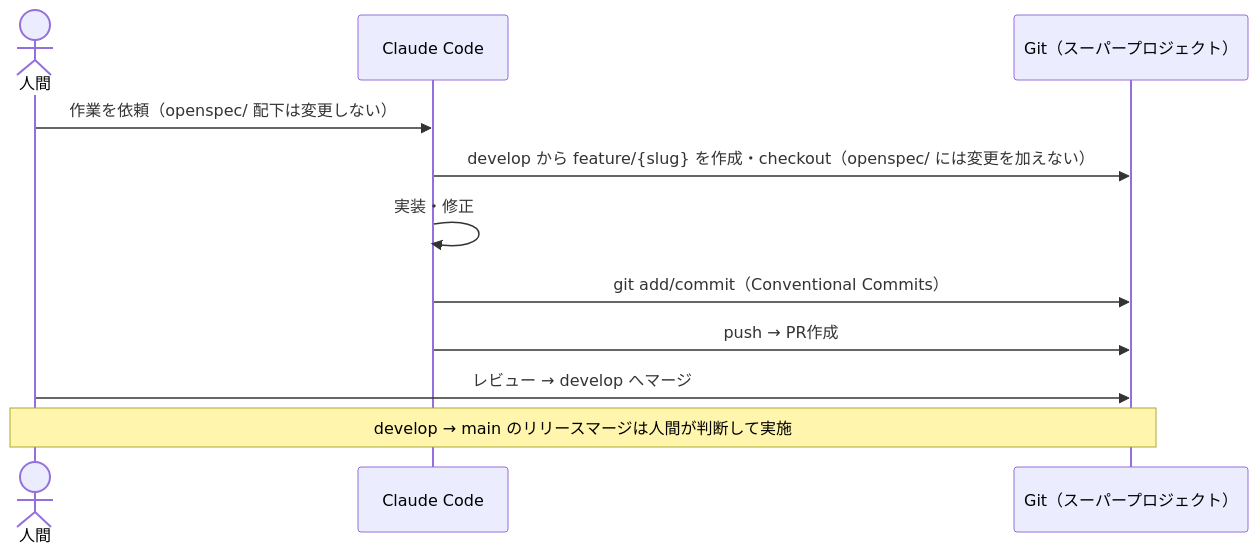
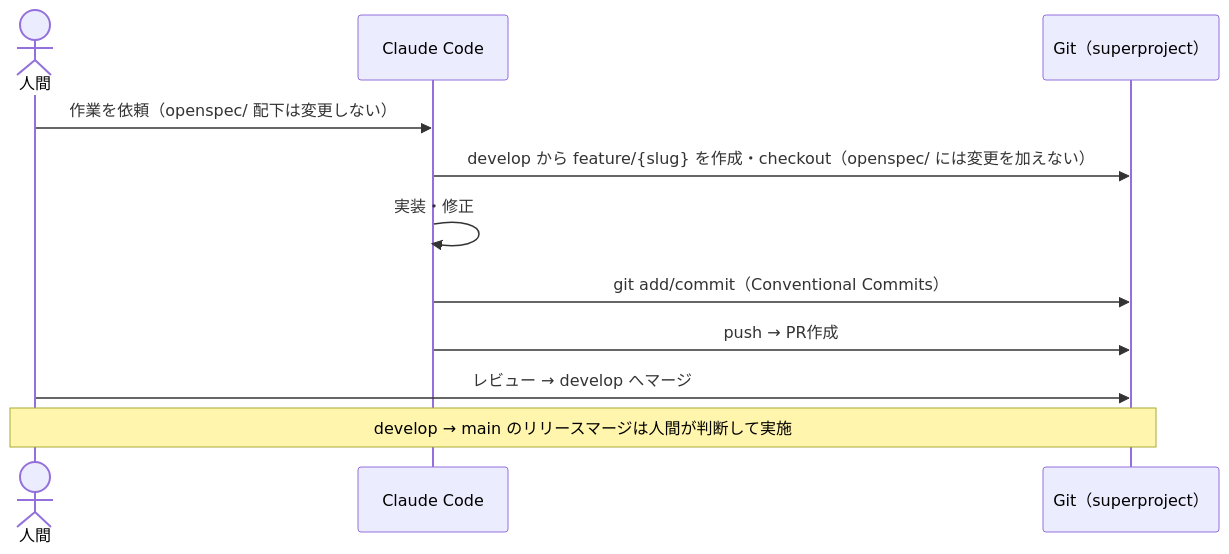
One commit to naokidotdev/poc-openspec-superpowers changed the second of 2 diagrams in README.md. Above: the diagram before and after it, drawn with Mermaid. The commit also changed other lines of this file and 3 other files, not shown here.

````diff
--- a/README.md
+++ b/README.md
@@ -57,15 +65,15 @@
 ```mermaid
 sequenceDiagram
     actor 人間
     participant Agent as Claude Code
-    participant GitSuper as Git（スーパープロジェクト）
+    participant GitSuper as Git（superproject）
 
     人間->>Agent: 作業を依頼（openspec/ 配下は変更しない）
     Agent->>GitSuper: develop から feature/{slug} を作成・checkout（openspec/ には変更を加えない）
     Agent->>Agent: 実装・修正
     Agent->>GitSuper: git add/commit（Conventional Commits）
     Agent->>GitSuper: push → PR作成
     人間->>GitSuper: レビュー → develop へマージ
 
     Note over 人間,GitSuper: develop → main のリリースマージは人間が判断して実施
 ```
````
